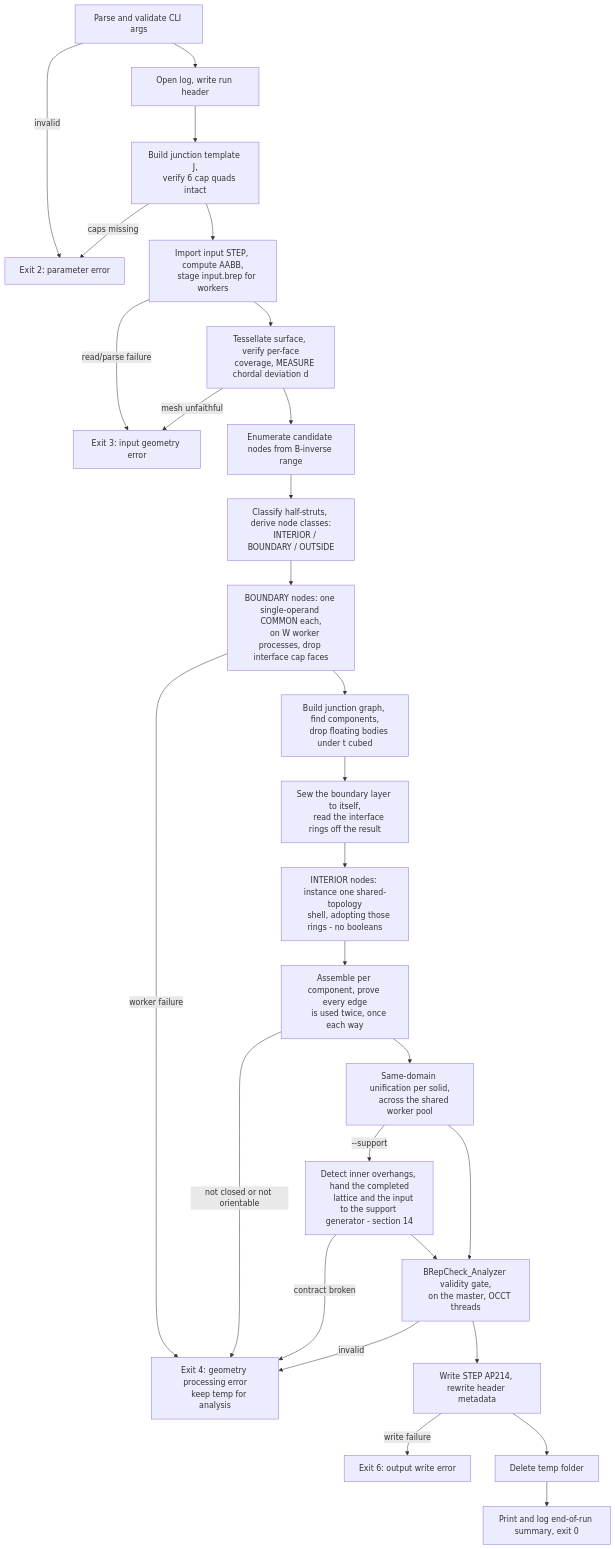
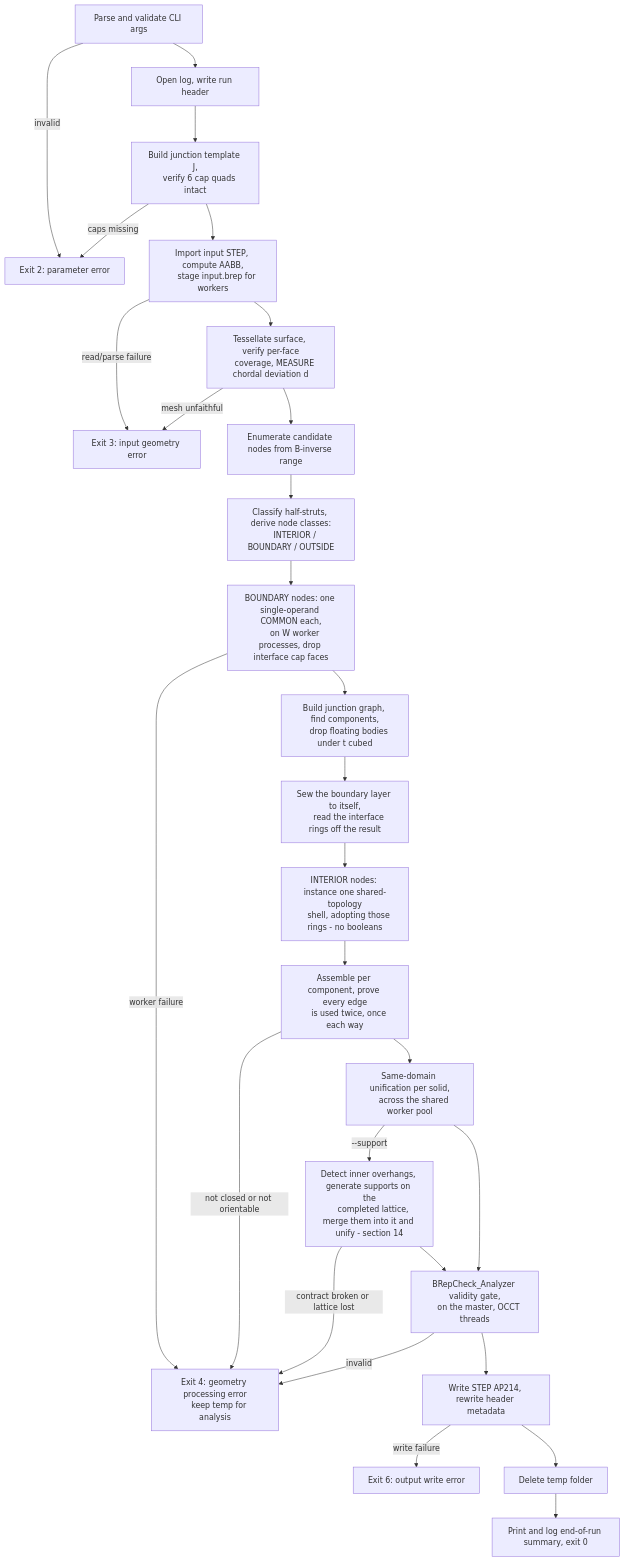
The first of 2 diagrams in docs/algorithm.md (arnego/latticegen2), drawn with Mermaid before and after one commit. The commit also changed other lines of this file and 10 other files, not shown here.

First line of the commit message:
Merge supports into the lattice in the support stage; split summary volumes

````diff
--- a/docs/algorithm.md
+++ b/docs/algorithm.md
@@ -203,43 +203,43 @@
 ```mermaid
 flowchart TD
     A[Parse and validate CLI args] -->|invalid| E1[Exit 2: parameter error]
     A --> B[Open log, write run header]
     B --> C[Build junction template J,
     verify 6 cap quads intact]
     C -->|caps missing| E1
     C --> D[Import input STEP, compute AABB,
     stage input.brep for workers]
     D -->|read/parse failure| E2[Exit 3: input geometry error]
     D --> F[Tessellate surface, verify per-face
     coverage, MEASURE chordal deviation d]
     F -->|mesh unfaithful| E2
     F --> G[Enumerate candidate nodes from B-inverse range]
     G --> H[Classify half-struts, derive node classes:
     INTERIOR / BOUNDARY / OUTSIDE]
     H --> I[BOUNDARY nodes: one single-operand COMMON each,
     on W worker processes, drop interface cap faces]
     I -->|worker failure| E3[Exit 4: geometry processing error
     keep temp for analysis]
     I --> J[Build junction graph, find components,
     drop floating bodies under t cubed]
     J --> K[Sew the boundary layer to itself,
     read the interface rings off the result]
     K --> L[INTERIOR nodes: instance one shared-topology
     shell, adopting those rings - no booleans]
     L --> M0[Assemble per component, prove every edge
     is used twice, once each way]
     M0 -->|not closed or not orientable| E3
     M0 --> S[Same-domain unification per solid,
     across the shared worker pool]
-    S -->|--support| SU[Detect inner overhangs, hand the completed
-    lattice and the input to the support generator - section 14]
-    SU -->|contract broken| E3
+    S -->|--support| SU[Detect inner overhangs, generate supports on the
+    completed lattice, merge them into it and unify - section 14]
+    SU -->|contract broken or lattice lost| E3
     SU --> M
     S --> M[BRepCheck_Analyzer validity gate,
     on the master, OCCT threads]
     M -->|invalid| E3
     M --> N[Write STEP AP214, rewrite header metadata]
     N -->|write failure| E4[Exit 6: output write error]
     N --> P[Delete temp folder]
     P --> Q[Print and log end-of-run summary, exit 0]
 ```
````
